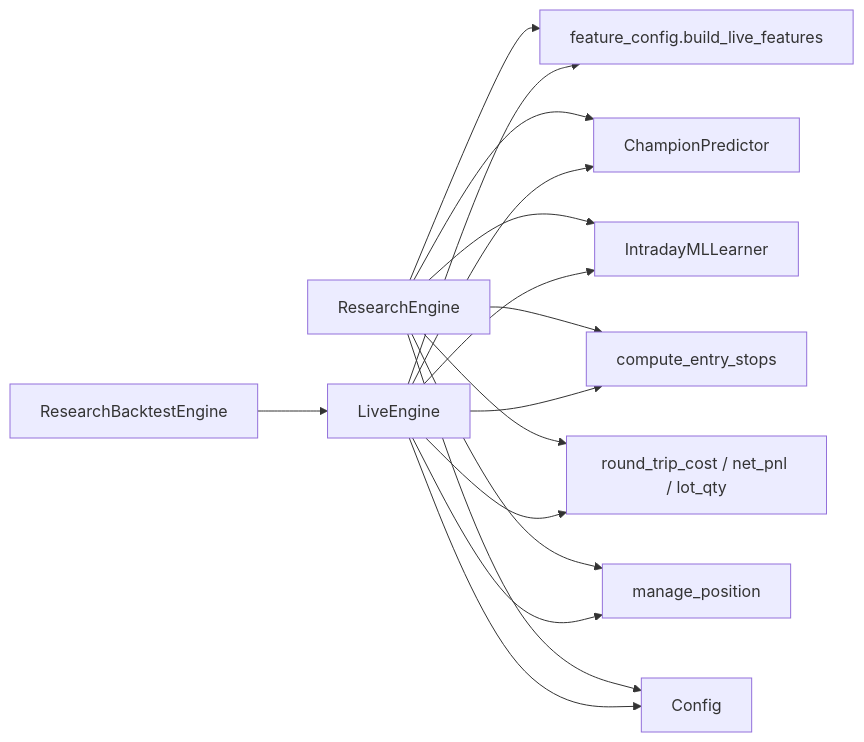
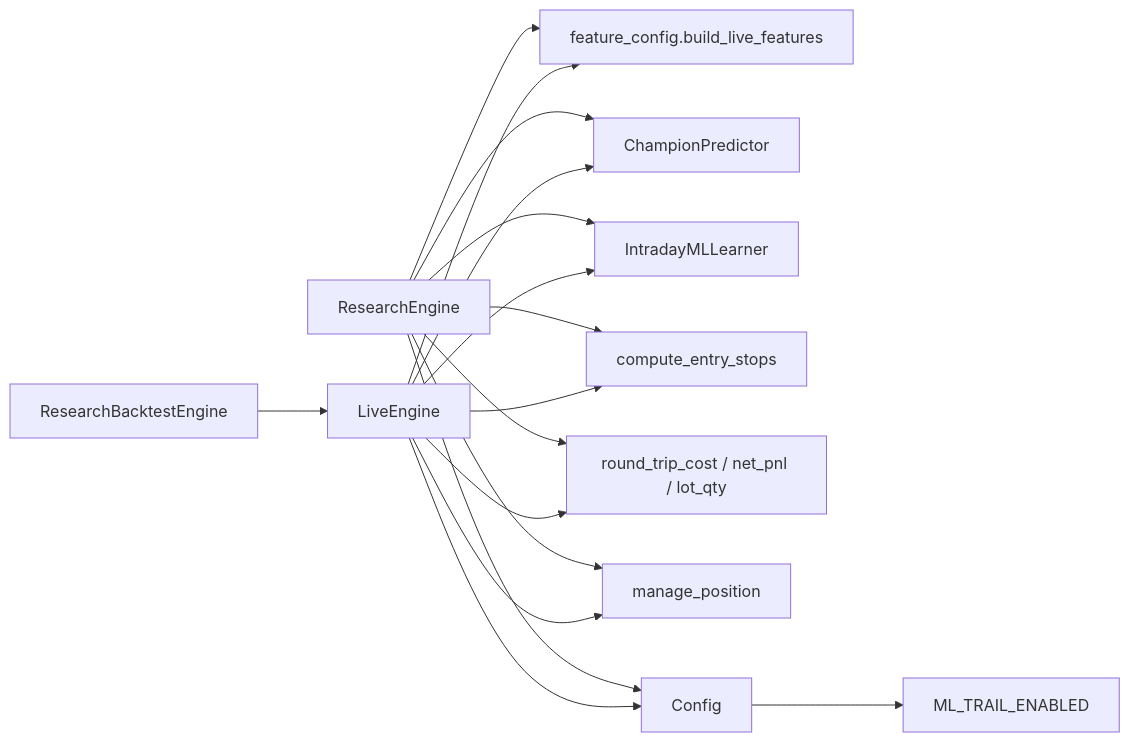
The ninth of 9 diagrams in .qoder/repowiki/en/content/Backtesting and Research/Research Parity Testing.md (tauqeersiddiqui-art/tradingsystem), drawn with Mermaid before and after one commit. The commit also changed other lines of this file and 60 other files, not shown here.

````diff
--- a/.qoder/repowiki/en/content/Backtesting and Research/Research Parity Testing.md
+++ b/.qoder/repowiki/en/content/Backtesting and Research/Research Parity Testing.md
@@ -415,18 +503,19 @@
 ```mermaid
 graph LR
 RE["ResearchEngine"] --> FC["feature_config.build_live_features"]
 RE --> PC["ChampionPredictor"]
 RE --> ML["IntradayMLLearner"]
 RE --> RM["compute_entry_stops"]
 RE --> CM["round_trip_cost / net_pnl / lot_qty"]
 RE --> PM["manage_position"]
 RE --> CFG["Config"]
 RBE["ResearchBacktestEngine"] --> LE["LiveEngine"]
 LE --> FC
 LE --> PC
 LE --> ML
 LE --> RM
 LE --> CM
 LE --> PM
 LE --> CFG
+CFG --> ML_TRAIL["ML_TRAIL_ENABLED"]
 ```
````
